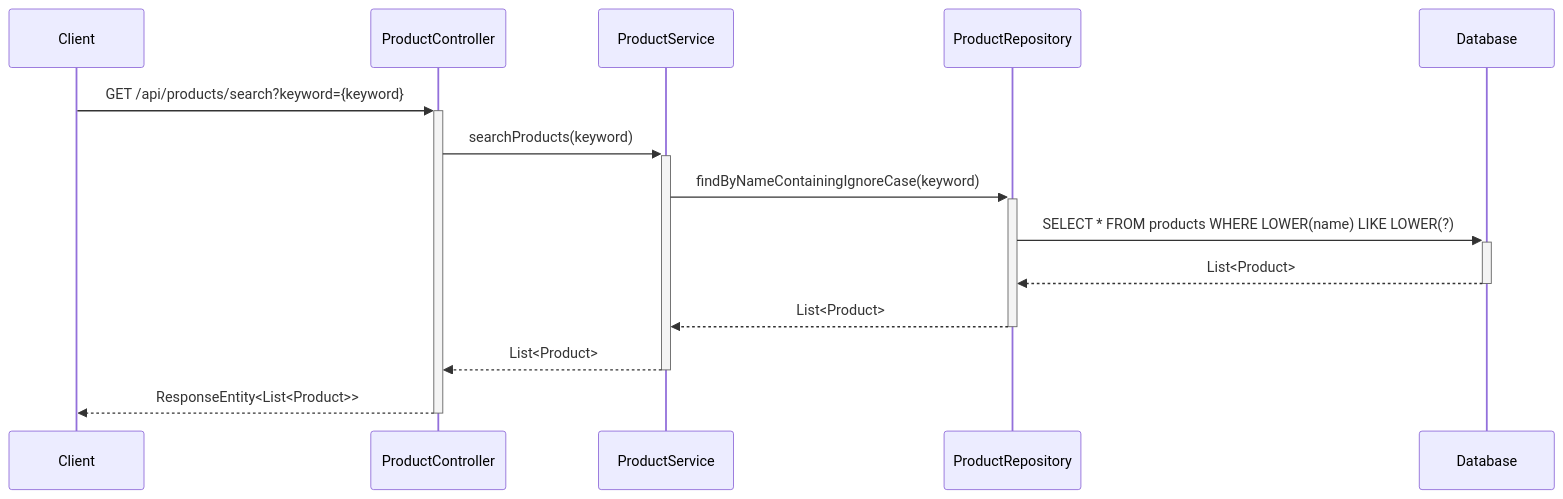
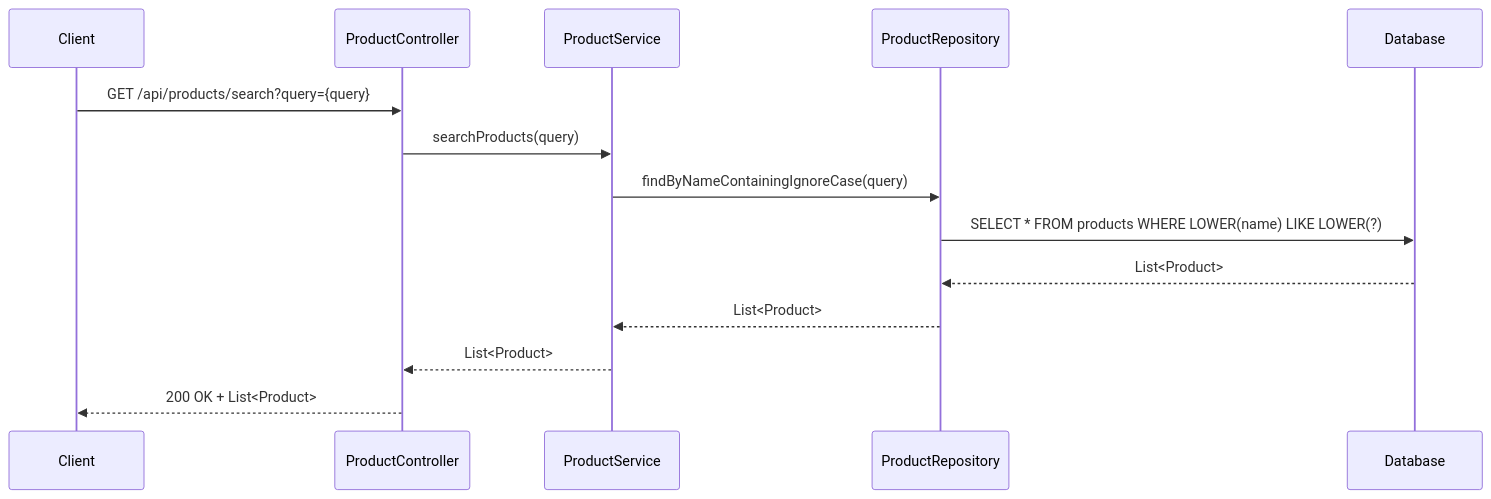
The ninth of 9 diagrams in docs/LLD/lld.md (NavneetBN47/aava-ecom-demo), drawn with Mermaid before and after one commit. The commit also changed other lines of this file, not shown here.

````diff
--- a/docs/LLD/lld.md
+++ b/docs/LLD/lld.md
@@ -254,17 +264,17 @@
 ```mermaid
 sequenceDiagram
     participant Client
     participant ProductController
     participant ProductService
     participant ProductRepository
     participant Database
     
-    Client->>+ProductController: GET /api/products/search?keyword={keyword}
-    ProductController->>+ProductService: searchProducts(keyword)
-    ProductService->>+ProductRepository: findByNameContainingIgnoreCase(keyword)
-    ProductRepository->>+Database: SELECT * FROM products WHERE LOWER(name) LIKE LOWER(?)
-    Database-->>-ProductRepository: List<Product>
-    ProductRepository-->>-ProductService: List<Product>
-    ProductService-->>-ProductController: List<Product>
-    ProductController-->>-Client: ResponseEntity<List<Product>>
+    Client->>ProductController: GET /api/products/search?query={query}
+    ProductController->>ProductService: searchProducts(query)
+    ProductService->>ProductRepository: findByNameContainingIgnoreCase(query)
+    ProductRepository->>Database: SELECT * FROM products WHERE LOWER(name) LIKE LOWER(?)
+    Database-->>ProductRepository: List<Product>
+    ProductRepository-->>ProductService: List<Product>
+    ProductService-->>ProductController: List<Product>
+    ProductController-->>Client: 200 OK + List<Product>
 ```
````
